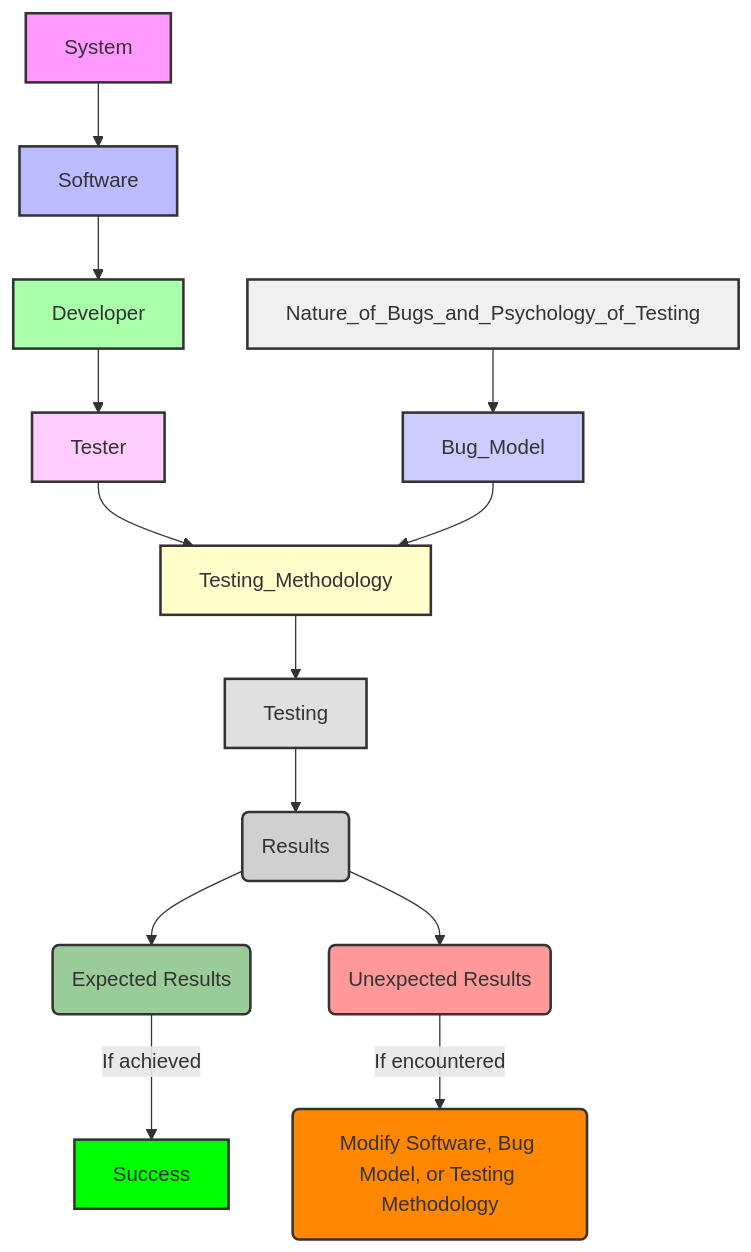
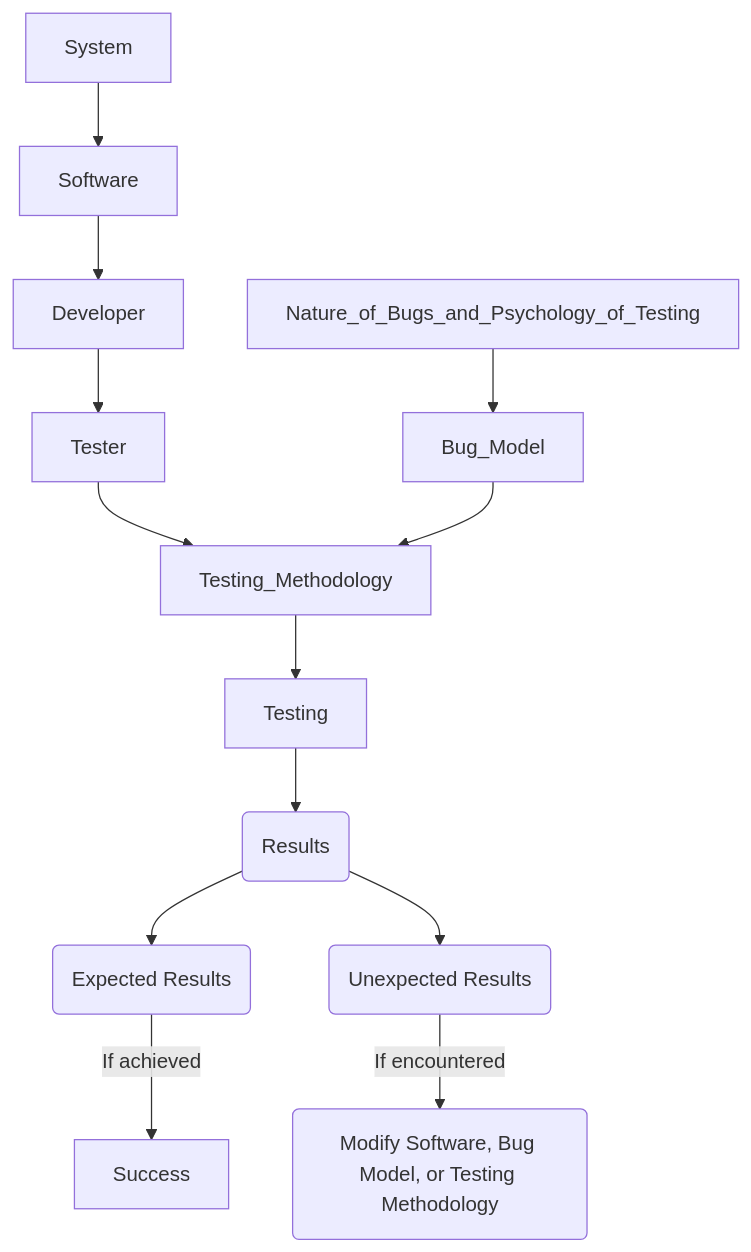
One commit to roroRathod/Sem7 changed the second of 6 diagrams in STQA/Mod 1.1 - Goals and Model for Software Testing, Software Testing Terminology and Methodology, Software Testing Life Cycle (STLC).md. Above: the diagram before and after it, drawn with Mermaid.

Commit message:
Remove styling definitions from testing document
Removed styling definitions for various components in the document.

````diff
--- a/STQA/Mod 1.1 - Goals and Model for Software Testing, Software Testing Terminology and Methodology, Software Testing Life Cycle (STLC).md
+++ b/STQA/Mod 1.1 - Goals and Model for Software Testing, Software Testing Terminology and Methodology, Software Testing Life Cycle (STLC).md
@@ -111,31 +111,17 @@
 ```mermaid
 graph TD
     System --> Software
     Software --> Developer
     Developer --> Tester
     Tester --> Testing_Methodology
     Testing_Methodology --> Testing
     Testing --> Results(Results)
     Results --> Expected_Results(Expected Results)
     Results --> Unexpected_Results(Unexpected Results)
 
     Bug_Model --> Testing_Methodology
     Nature_of_Bugs_and_Psychology_of_Testing --> Bug_Model
 
     Expected_Results -- If achieved --> Success
     Unexpected_Results -- If encountered --> Modify(Modify Software, Bug Model, or Testing Methodology)
-
-    style System fill:#f9f,stroke:#333,stroke-width:2px
-    style Software fill:#bbf,stroke:#333,stroke-width:2px
-    style Developer fill:#afa,stroke:#333,stroke-width:2px
-    style Tester fill:#fcf,stroke:#333,stroke-width:2px
-    style Bug_Model fill:#ccf,stroke:#333,stroke-width:2px
-    style Testing_Methodology fill:#ffc,stroke:#333,stroke-width:2px
-    style Testing fill:#e0e0e0,stroke:#333,stroke-width:2px
-    style Results fill:#d0d0d0,stroke:#333,stroke-width:2px
-    style Expected_Results fill:#9c9,stroke:#333,stroke-width:2px
-    style Unexpected_Results fill:#f99,stroke:#333,stroke-width:2px
-    style Nature_of_Bugs_and_Psychology_of_Testing fill:#f0f0f0,stroke:#333,stroke-width:2px
-    style Success fill:#0f0,stroke:#333,stroke-width:2px
-    style Modify fill:#f80,stroke:#333,stroke-width:2px
 ```
````
